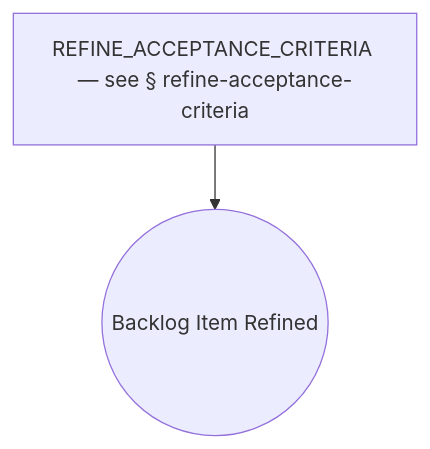
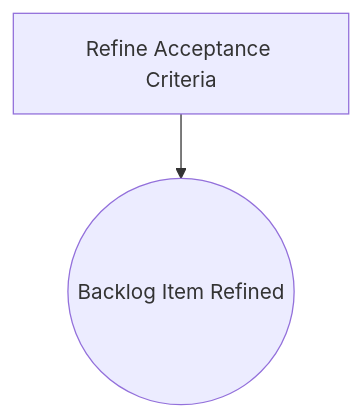
The sixth of 50 diagrams in docs/process-diagram.md (optivem/gh-optivem), drawn with Mermaid before and after one commit. The commit also changed other lines of this file and 6 other files, not shown here.

````diff
--- a/docs/process-diagram.md
+++ b/docs/process-diagram.md
@@ -161,7 +161,7 @@
 ```mermaid
 flowchart TD
-    REFINE_ACCEPTANCE_CRITERIA[REFINE_ACCEPTANCE_CRITERIA — see § refine-acceptance-criteria]
+    REFINE_ACCEPTANCE_CRITERIA[Refine Acceptance Criteria]
     REFINE_BACKLOG_END((Backlog Item Refined))
 
     REFINE_ACCEPTANCE_CRITERIA --> REFINE_BACKLOG_END
 ```
````
